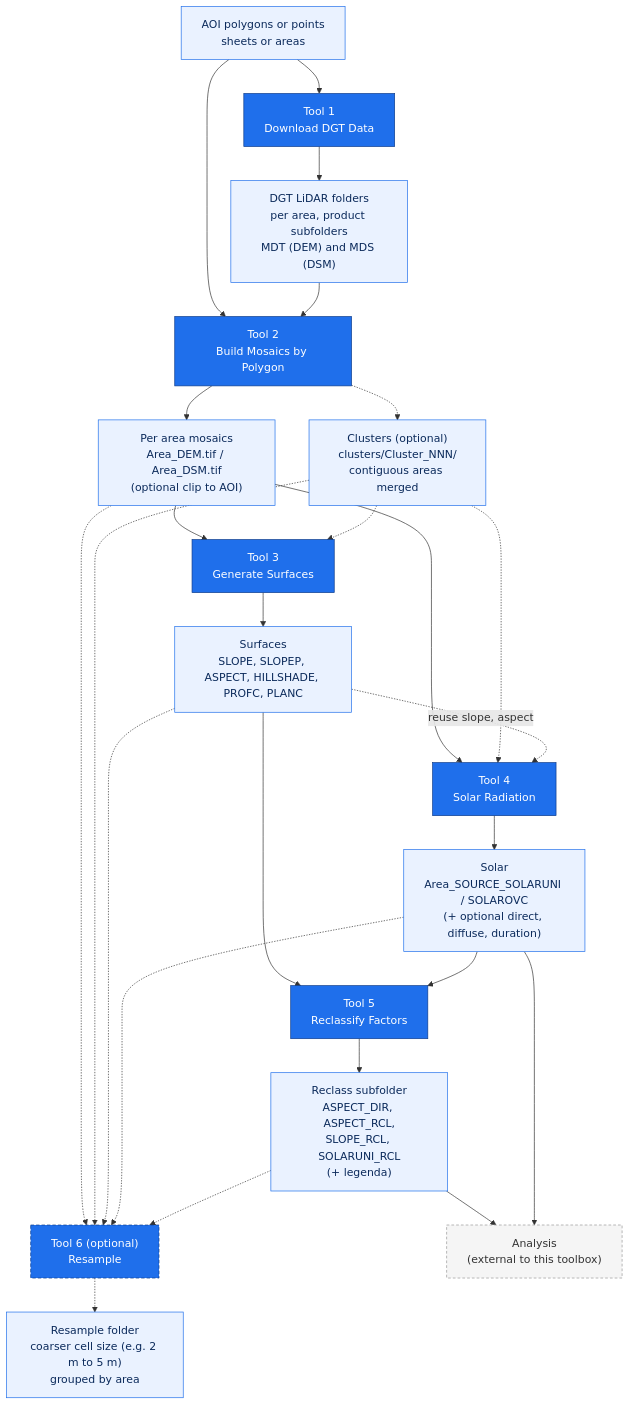
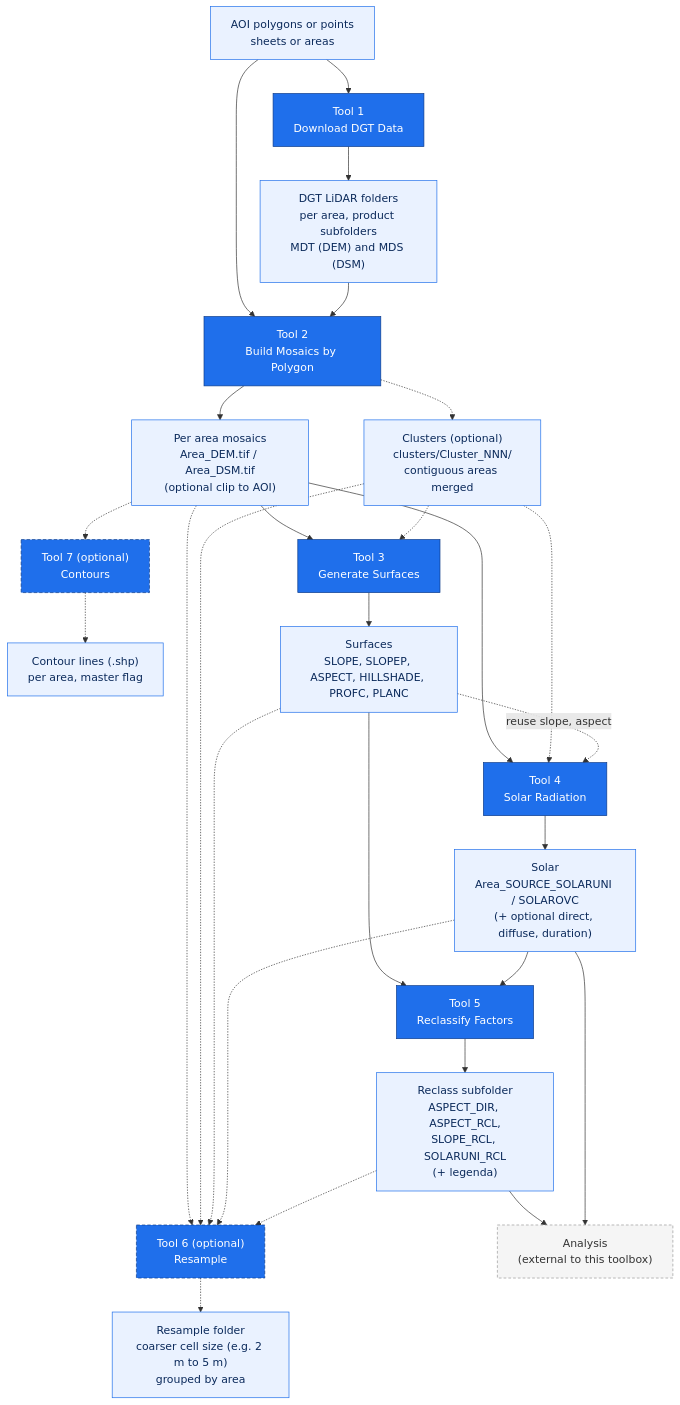
One commit to PedroMMGoncalves/lidar-terrain-arcgis-tools changed the diagram in README.md. Above: the diagram before and after it, drawn with Mermaid. The commit also changed other lines of this file and 1 other file, not shown here.

First line of the commit message:
Add an optional Contours tool for cartographic contour lines

````diff
--- a/README.md
+++ b/README.md
@@ -55,38 +56,40 @@
 ```mermaid
 flowchart TD
     AOI["AOI polygons or points<br/>sheets or areas"]
     AOI --> TDL["Tool 1<br/>Download DGT Data"]
     TDL --> LID["DGT LiDAR folders<br/>per area, product subfolders<br/>MDT (DEM) and MDS (DSM)"]
     AOI --> T1
     LID --> T1
     T1["Tool 2<br/>Build Mosaics by Polygon"]
     T1 --> M["Per area mosaics<br/>Area_DEM.tif / Area_DSM.tif<br/>(optional clip to AOI)"]
     T1 -.-> CL["Clusters (optional)<br/>clusters/Cluster_NNN/<br/>contiguous areas merged"]
     M --> T2["Tool 3<br/>Generate Surfaces"]
     M --> T3["Tool 4<br/>Solar Radiation"]
     M -.-> T5["Tool 6 (optional)<br/>Resample"]
+    M -.-> CT["Tool 7 (optional)<br/>Contours"]
+    CT -.-> CO["Contour lines (.shp)<br/>per area, master flag"]
     CL -.-> T2
     CL -.-> T3
     CL -.-> T5
     T2 --> S["Surfaces<br/>SLOPE, SLOPEP, ASPECT, HILLSHADE, PROFC, PLANC"]
     S -.->|reuse slope, aspect| T3
     T3 --> SOL["Solar<br/>Area_SOURCE_SOLARUNI / SOLAROVC<br/>(+ optional direct, diffuse, duration)"]
     T5 -.-> RS["Resample folder<br/>coarser cell size (e.g. 2 m to 5 m)<br/>grouped by area"]
     S -.-> T5
     SOL -.-> T5
     RCL -.-> T5
     S --> T4["Tool 5<br/>Reclassify Factors"]
     SOL --> T4
     T4 --> RCL["Reclass subfolder<br/>ASPECT_DIR, ASPECT_RCL,<br/>SLOPE_RCL, SOLARUNI_RCL<br/>(+ legenda)"]
     RCL --> EXT["Analysis<br/>(external to this toolbox)"]
     SOL --> EXT
 
     classDef tool fill:#1f6feb,stroke:#0d3b8a,color:#ffffff;
     classDef opttool fill:#1f6feb,stroke:#0d3b8a,color:#ffffff,stroke-dasharray:5 3;
     classDef data fill:#eaf2ff,stroke:#1f6feb,color:#0b2a5b;
     classDef ext fill:#f5f5f5,stroke:#999999,color:#333333,stroke-dasharray:4 3;
     class TDL,T1,T2,T3,T4 tool;
-    class T5 opttool;
-    class AOI,LID,M,S,SOL,RCL,RS,CL data;
+    class T5,CT opttool;
+    class AOI,LID,M,S,SOL,RCL,RS,CL,CO data;
     class EXT ext;
 ```
````
